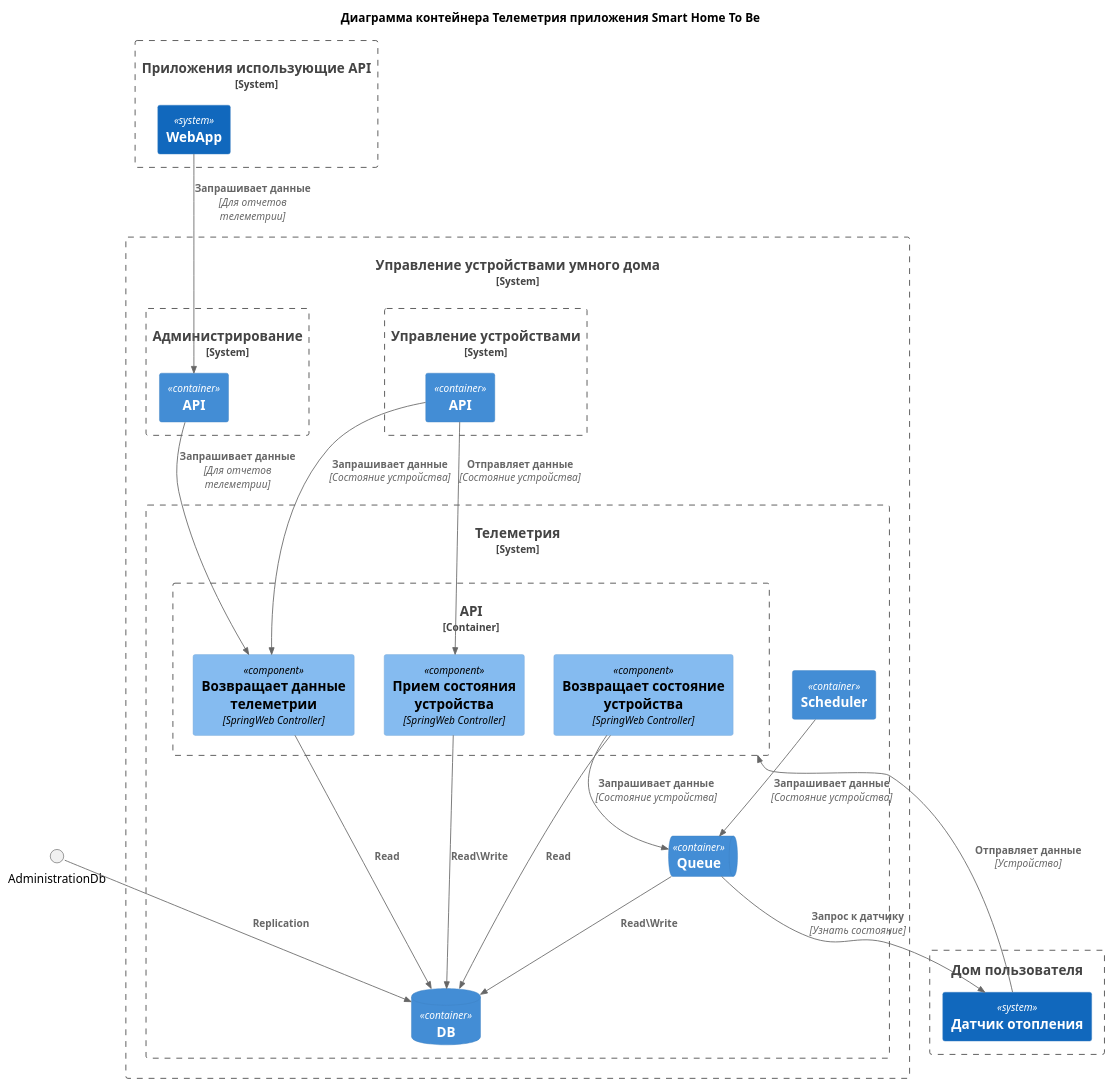
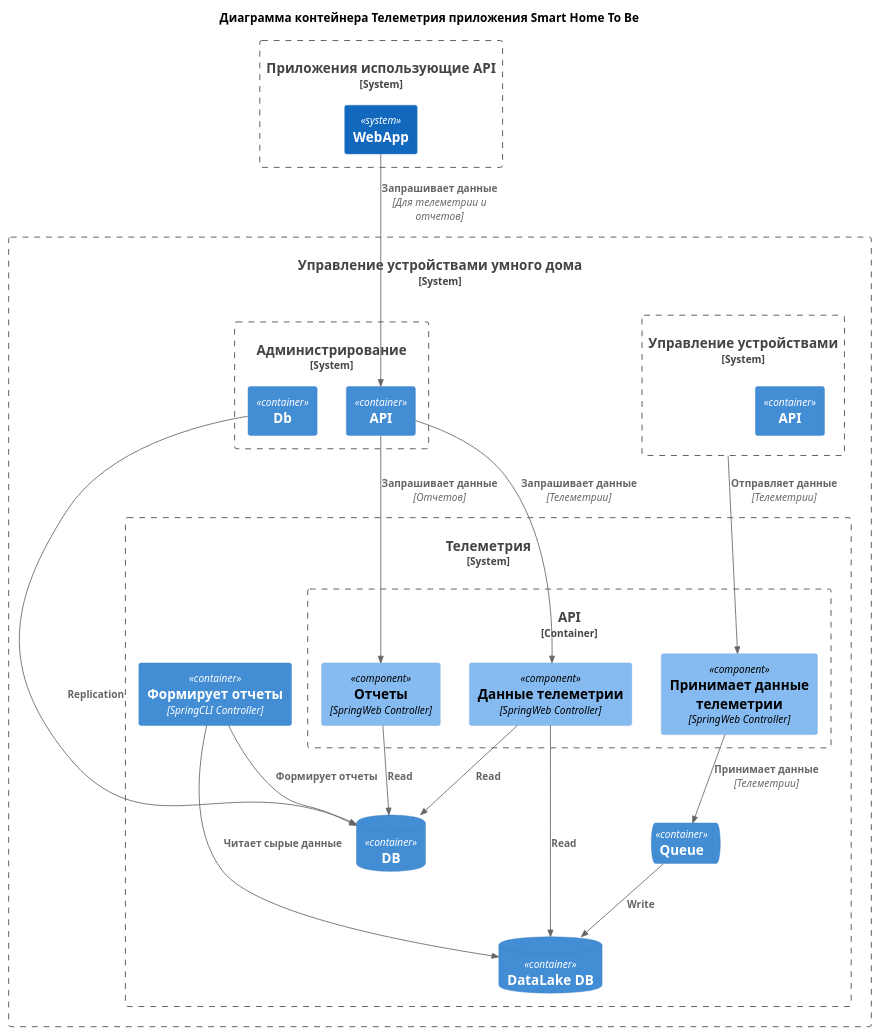
The diagram in docs/To Be Component Telemetry.puml (bezdelnique/ydnx-arch-sprint1), drawn with PlantUML before and after one commit. The commit also changed 4 other files, not shown here.

Commit message:
To Be C4 diagrams

```diff
--- a/docs/To Be Component Telemetry.puml
+++ b/docs/To Be Component Telemetry.puml
@@ -1,59 +1,57 @@
 @startuml
 title "Диаграмма контейнера Телеметрия приложения Smart Home To Be"
 
 top to bottom direction
 
 !include C4/C4_Component.puml
 
 System_Boundary(SmartHomeApp, "Приложения использующие API") {
     System(WebApp, "WebApp")
 }
 
-Boundary(UserHome, "Дом пользователя") {
-    System(SensorHeating, "Датчик отопления")
-}
-
 System_Boundary(Domain, "Управление устройствами умного дома") {
     System_Boundary(SubdomainTelemetry, "Телеметрия") {
         Container_Boundary(TelemetryApi, "API") {
-            Component("TelemetryController", "Возвращает данные телеметрии", "SpringWeb Controller")
-            Component("DeviceStateController", "Возвращает состояние устройства", "SpringWeb Controller")
-            Component("DeviceDataReceiverController", "Прием состояния устройства", "SpringWeb Controller")
+            Component("TelemetryController", "Данные телеметрии", "SpringWeb Controller")
+            Component("ReportController", "Отчеты", "SpringWeb Controller")
+            Component("TelemetryDataReceiverController", "Принимает данные телеметрии", "SpringWeb Controller")
         }
 
-        Container(TelemetryScheduler, "Scheduler")
         ContainerDb(TelemetryDb, "DB")
+        ContainerDb(TelemetryDataLakeDb, "DataLake DB")
         ContainerQueue(TelemetryQueue, "Queue")
+        Container(TelemetryReport, "Формирует отчеты", "SpringCLI Controller")
     }
 
     System_Boundary(SubdomainManageDevice, "Управление устройствами") {
         Container(ManageDeviceApi, "API")
     }
 
     System_Boundary(SubdomainAdministration, "Администрирование") {
         Container(AdministrationApi, "API")
+        Container(AdministrationDb, "Db")
     }
 
 }
 
 
-Rel(WebApp, AdministrationApi, "Запрашивает данные", "Для отчетов телеметрии")
+Rel(WebApp, AdministrationApi, "Запрашивает данные", "Для телеметрии и отчетов")
+
+Rel(AdministrationApi, TelemetryController, "Запрашивает данные", "Телеметрии")
+Rel(AdministrationApi, ReportController, "Запрашивает данные", "Отчетов")
 
 Rel(TelemetryController, TelemetryDb, "Read")
-Rel(DeviceStateController, TelemetryDb, "Read")
-Rel(DeviceDataReceiverController, TelemetryDb, "Read\Write")
+Rel(TelemetryController, TelemetryDataLakeDb, "Read")
+Rel(ReportController, TelemetryDb, "Read")
+Rel(TelemetryDataReceiverController, TelemetryQueue, "Принимает данные", "Телеметрии")
 
-Rel(DeviceStateController, TelemetryQueue, "Запрашивает данные", "Состояние устройства")
-Rel(TelemetryQueue, TelemetryDb, "Read\Write")
+Rel(TelemetryQueue, TelemetryDataLakeDb, "Write")
+Rel(AdministrationDb, TelemetryDb, "Replication")
 
-Rel(SensorHeating, TelemetryApi, "Отправляет данные", "Устройство")
-Rel(TelemetryQueue, SensorHeating, "Запрос к датчику", "Узнать состояние")
+Rel(SubdomainManageDevice, TelemetryDataReceiverController, "Отправляет данные", "Телеметрии")
 
-Rel(AdministrationDb, TelemetryDb, "Replication")
-Rel(AdministrationApi, TelemetryController, "Запрашивает данные", "Для отчетов телеметрии")
-Rel(ManageDeviceApi, TelemetryController, "Запрашивает данные", "Состояние устройства")
-Rel(ManageDeviceApi, DeviceDataReceiverController, "Отправляет данные", "Состояние устройства")
 
-Rel(TelemetryScheduler, TelemetryQueue, "Запрашивает данные", "Состояние устройства")
+Rel(TelemetryReport, TelemetryDataLakeDb, "Читает сырые данные", "")
+Rel(TelemetryReport, TelemetryDb, "Формирует отчеты", "")
 
 @enduml
```
